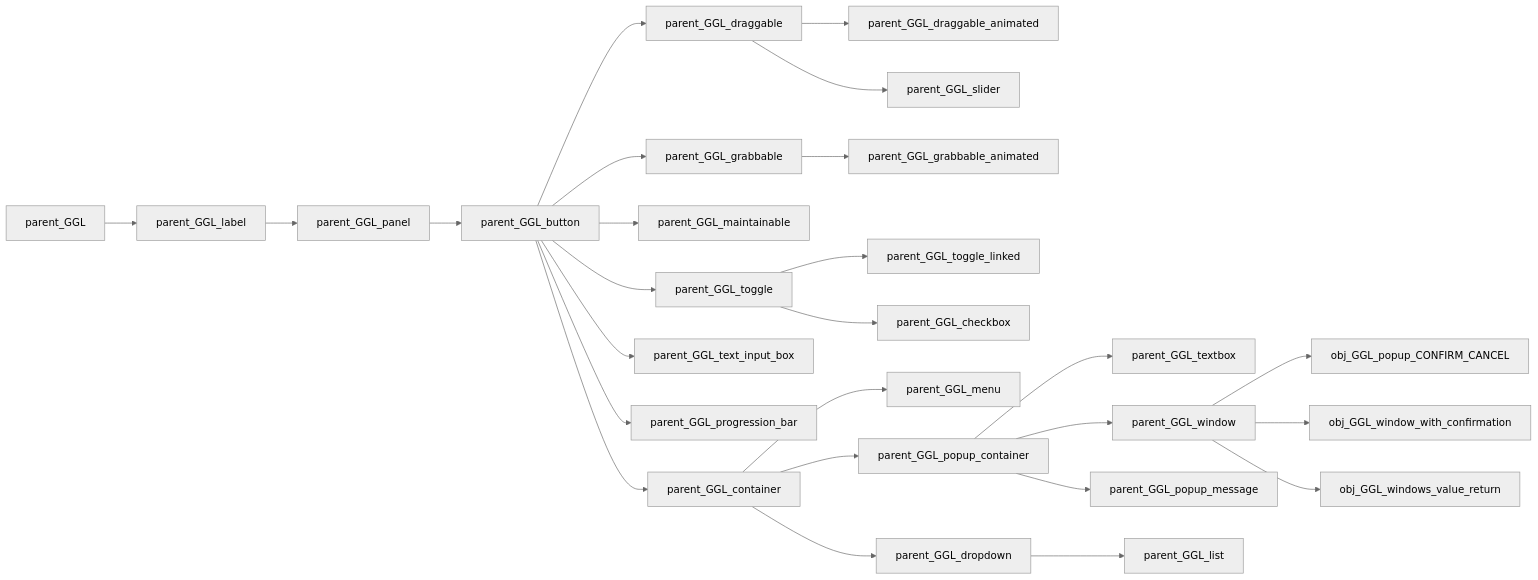
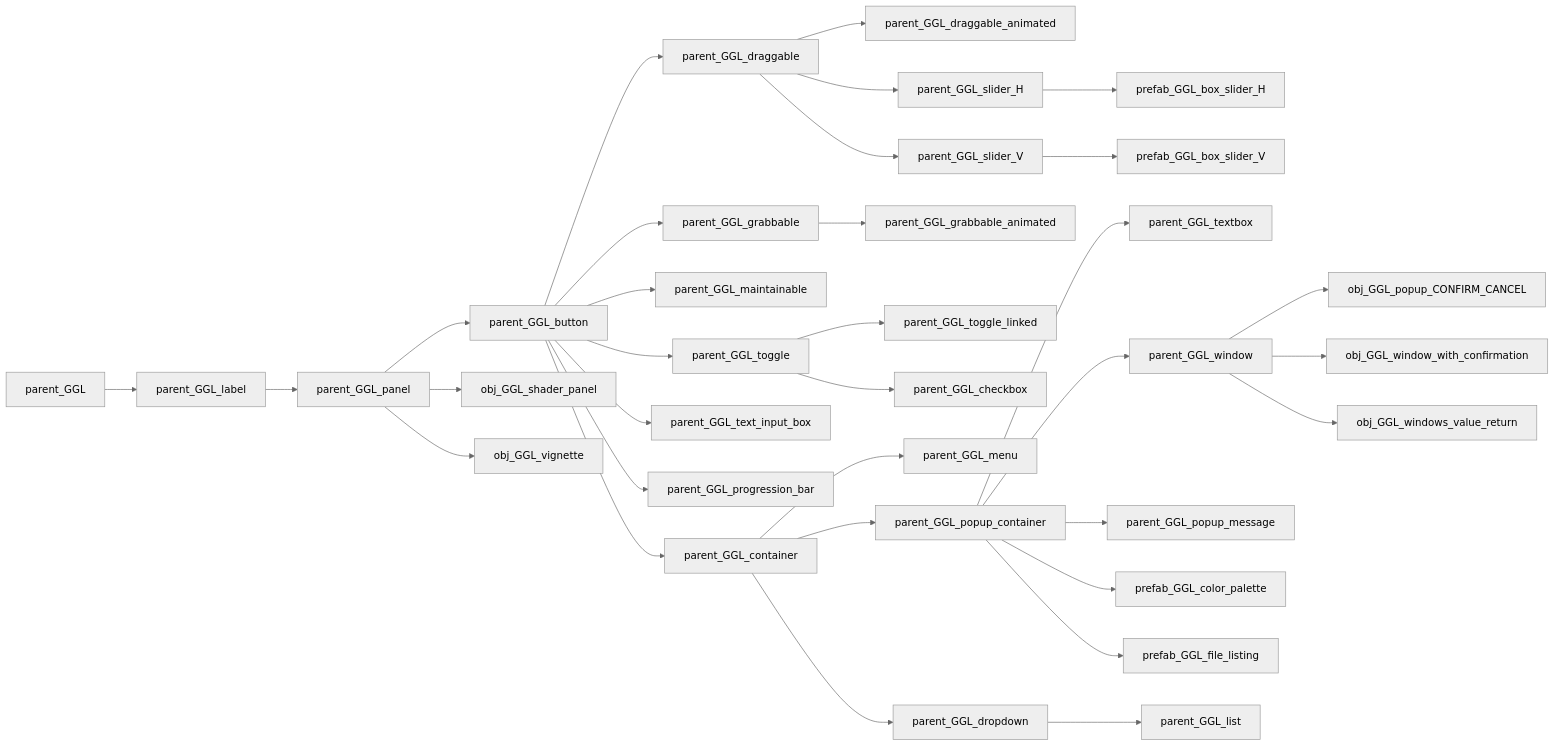
The diagram in Diagrams/Inheritance_code.md (Ced30/GGL-Documentation), drawn with Mermaid (neutral theme) before and after one commit. The commit also changed other lines of this file, not shown here.

````diff
--- a/Diagrams/Inheritance_code.md
+++ b/Diagrams/Inheritance_code.md
@@ -2,26 +1,34 @@
 ```mermaid
 graph LR
 A[parent_GGL] --> B[parent_GGL_label] --> C[parent_GGL_panel] --> D[parent_GGL_button]
+C[parent_GGL_panel] --> AF[obj_GGL_shader_panel]
+C[parent_GGL_panel] --> AG[obj_GGL_vignette]
 D[parent_GGL_button] --> E[parent_GGL_draggable]
 D[parent_GGL_button] --> F[parent_GGL_grabbable]
 E[parent_GGL_draggable] --> G[parent_GGL_draggable_animated]
 F[parent_GGL_grabbable] --> H[parent_GGL_grabbable_animated]
-E[parent_GGL_draggable] --> N[parent_GGL_slider]
+E[parent_GGL_draggable] --> N[parent_GGL_slider_H] -->
+AB[prefab_GGL_box_slider_H]
+E[parent_GGL_draggable] -->
+AA[parent_GGL_slider_V] -->
+AC[prefab_GGL_box_slider_V]
 D[parent_GGL_button] --> I[parent_GGL_maintainable]
 D[parent_GGL_button] --> J[parent_GGL_toggle]
 J[parent_GGL_toggle] --> K[parent_GGL_toggle_linked]
 D[parent_GGL_button] --> L[parent_GGL_text_input_box]
 D[parent_GGL_button] --> M[parent_GGL_progression_bar]
 D[parent_GGL_button] --> O[parent_GGL_container]
 J[parent_GGL_toggle] --> P[parent_GGL_checkbox]
 O[parent_GGL_container] --> Q[parent_GGL_menu]
 O[parent_GGL_container] --> R[parent_GGL_popup_container]
 O[parent_GGL_container] --> S[parent_GGL_dropdown]
 S[parent_GGL_dropdown] --> T[parent_GGL_list]
 R[parent_GGL_popup_container] --> U[parent_GGL_textbox]
 R[parent_GGL_popup_container] --> V[parent_GGL_window]
 R[parent_GGL_popup_container] --> W[parent_GGL_popup_message]
+R[parent_GGL_popup_container] --> AD[prefab_GGL_color_palette]
+R[parent_GGL_popup_container] --> AE[prefab_GGL_file_listing]
 V[parent_GGL_window] --> X[obj_GGL_popup_CONFIRM_CANCEL]
 V[parent_GGL_window] --> Y[obj_GGL_window_with_confirmation]
 V[parent_GGL_window] --> Z[obj_GGL_windows_value_return]
 ```
````
